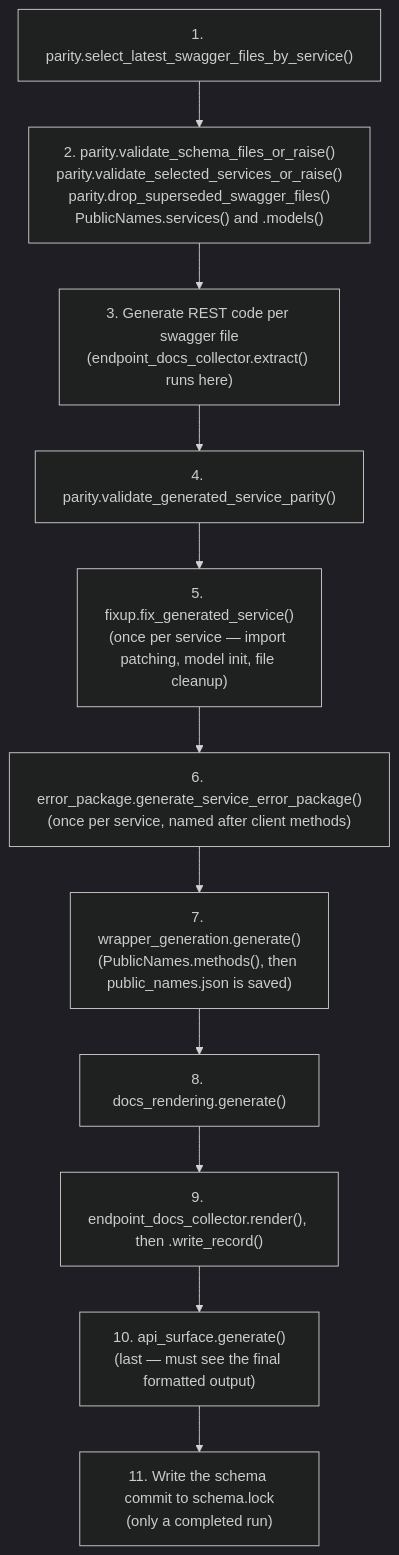
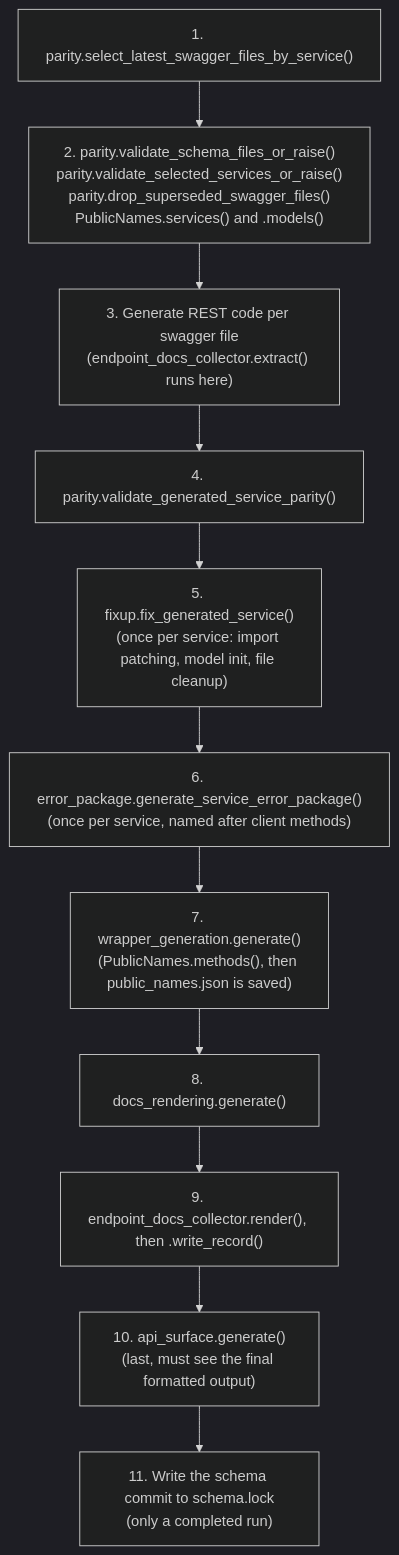
The diagram in scripts/generation/README.md (alexdearaujo/community_sdk_python), drawn with Mermaid (dark theme) before and after one commit. The commit also changed 44 other files, not shown here.

````diff
--- a/scripts/generation/README.md
+++ b/scripts/generation/README.md
@@ -32,14 +32,14 @@
 ```mermaid
 flowchart TD
     A["1. parity.select_latest_swagger_files_by_service()"] --> A2["2. parity.validate_schema_files_or_raise()<br/>parity.validate_selected_services_or_raise()<br/>parity.drop_superseded_swagger_files()<br/>PublicNames.services() and .models()"]
     A2 --> B["3. Generate REST code per swagger file<br/>(endpoint_docs_collector.extract() runs here)"]
     B --> D["4. parity.validate_generated_service_parity()"]
-    D --> E["5. fixup.fix_generated_service()<br/>(once per service — import patching, model init, file cleanup)"]
+    D --> E["5. fixup.fix_generated_service()<br/>(once per service: import patching, model init, file cleanup)"]
     E --> C["6. error_package.generate_service_error_package()<br/>(once per service, named after client methods)"]
     C --> F["7. wrapper_generation.generate()<br/>(PublicNames.methods(), then public_names.json is saved)"]
     F --> G["8. docs_rendering.generate()"]
     G --> H["9. endpoint_docs_collector.render(), then .write_record()"]
-    H --> I["10. api_surface.generate()<br/>(last — must see the final formatted output)"]
+    H --> I["10. api_surface.generate()<br/>(last, must see the final formatted output)"]
     I --> J["11. Write the schema commit to schema.lock<br/>(only a completed run)"]
 
 ```
````
